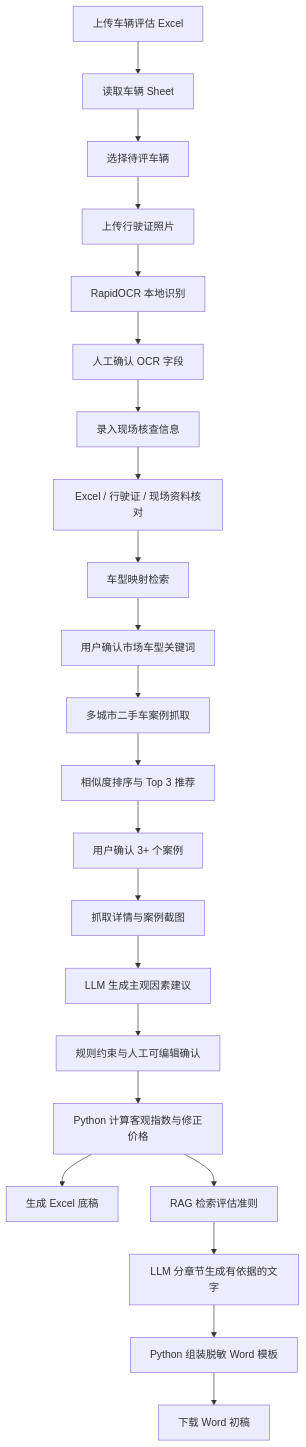
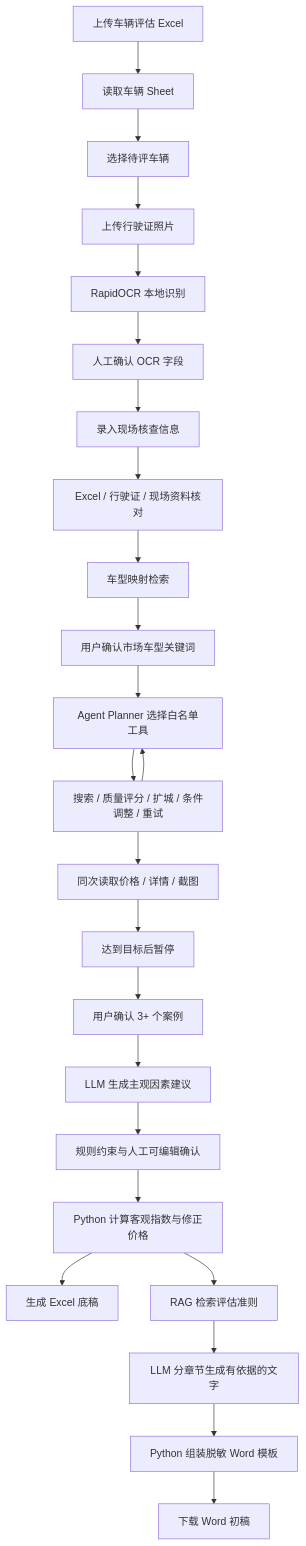
One commit to Spanorti08/vehicle-valuation-agent changed the diagram in README.md. Above: the diagram before and after it, drawn with Mermaid. The commit also changed other lines of this file and 26 other files, not shown here.

````diff
--- a/README.md
+++ b/README.md
@@ -154,24 +157,26 @@
 ```mermaid
 flowchart TD
     A[上传车辆评估 Excel] --> B[读取车辆 Sheet]
     B --> C[选择待评车辆]
     C --> D[上传行驶证照片]
     D --> E[RapidOCR 本地识别]
     E --> F[人工确认 OCR 字段]
     F --> G[录入现场核查信息]
     G --> H[Excel / 行驶证 / 现场资料核对]
     H --> I[车型映射检索]
     I --> J[用户确认市场车型关键词]
-    J --> K[多城市二手车案例抓取]
-    K --> L[相似度排序与 Top 3 推荐]
-    L --> M[用户确认 3+ 个案例]
-    M --> N[抓取详情与案例截图]
-    N --> O[LLM 生成主观因素建议]
+    J --> K[Agent Planner 选择白名单工具]
+    K --> L[搜索 / 质量评分 / 扩城 / 条件调整 / 重试]
+    L --> K
+    L --> N[同次读取价格 / 详情 / 截图]
+    N --> M[达到目标后暂停]
+    M --> M0[用户确认 3+ 个案例]
+    M0 --> O[LLM 生成主观因素建议]
     O --> P[规则约束与人工可编辑确认]
     P --> Q[Python 计算客观指数与修正价格]
     Q --> R[生成 Excel 底稿]
     Q --> S[RAG 检索评估准则]
     S --> T[LLM 分章节生成有依据的文字]
     T --> U[Python 组装脱敏 Word 模板]
     U --> V[下载 Word 初稿]
 ```
````
